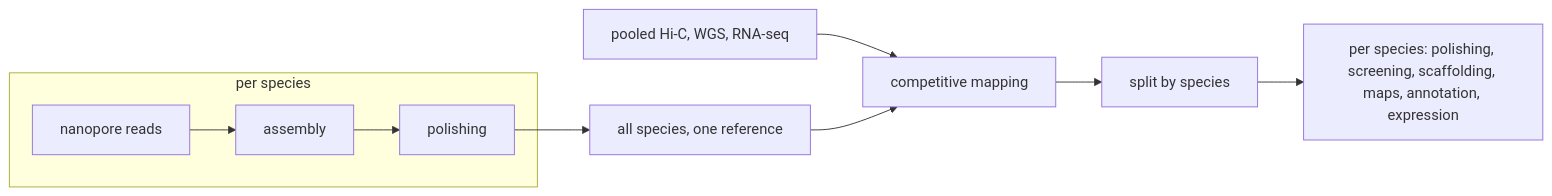
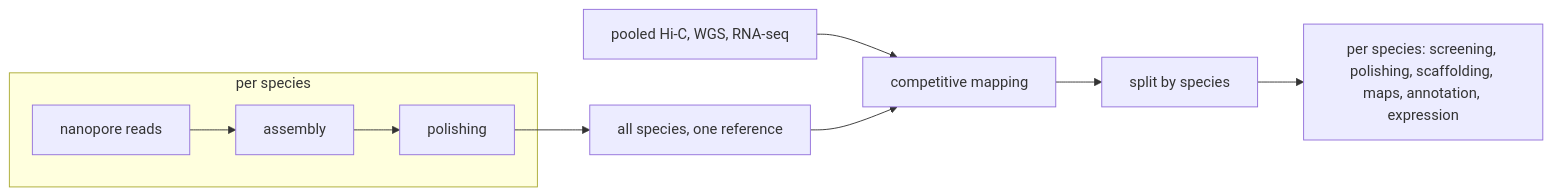
The diagram in docs/concepts.md (js2264/plexembler), drawn with Mermaid before and after one commit. The commit also changed other lines of this file and 13 other files, not shown here.

First line of the commit message:
fix(report): each species' share of each library, from the screened split (#13)

````diff
--- a/docs/concepts.md
+++ b/docs/concepts.md
@@ -33,10 +33,10 @@
 ```mermaid
 flowchart LR
   subgraph species [per species]
     ont[nanopore reads] --> asm[assembly] --> pol[polishing]
   end
   pol --> cat[all species, one reference]
   pool[pooled Hi-C, WGS, RNA-seq] --> map[competitive mapping]
   cat --> map --> split[split by species]
-  split --> down[per species: polishing, screening, scaffolding, maps, annotation, expression]
+  split --> down[per species: screening, polishing, scaffolding, maps, annotation, expression]
 ```
````
